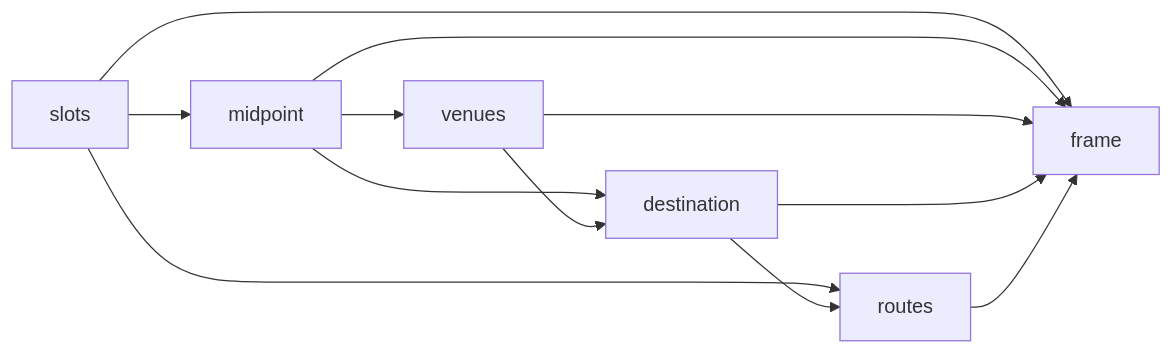
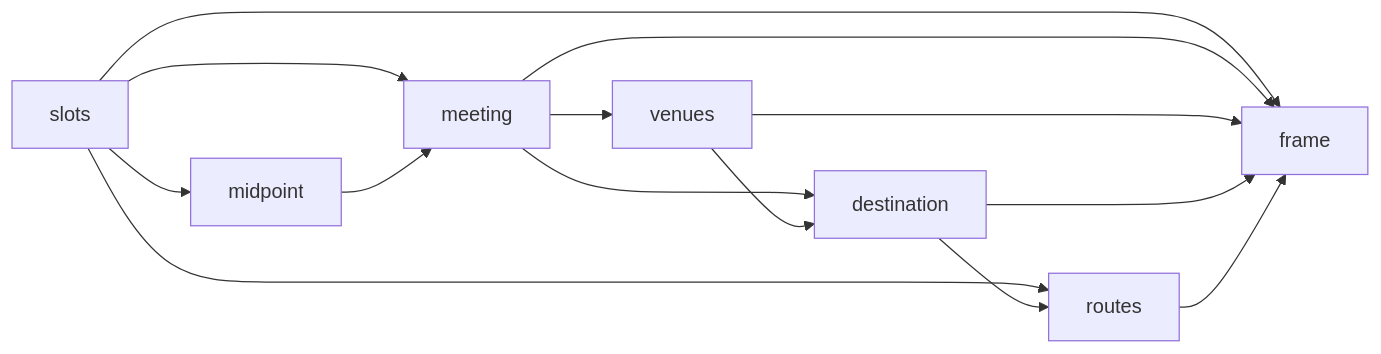
One commit to Zeevmala/meet-me-halfway changed the second of 2 diagrams in README.md. Above: the diagram before and after it, drawn with Mermaid. The commit also changed other lines of this file and 41 other files, not shown here.

````diff
--- a/README.md
+++ b/README.md
@@ -80,14 +81,16 @@
 ```mermaid
 graph LR
-    S[slots] --> M[midpoint]
+    S[slots] --> C[midpoint]
+    S --> M[meeting]
+    C --> M
     M --> V[venues]
     M --> D[destination]
     V --> D
     S --> R[routes]
     D --> R
     S --> F[frame]
     M --> F
     V --> F
     D --> F
     R --> F
 ```
````
